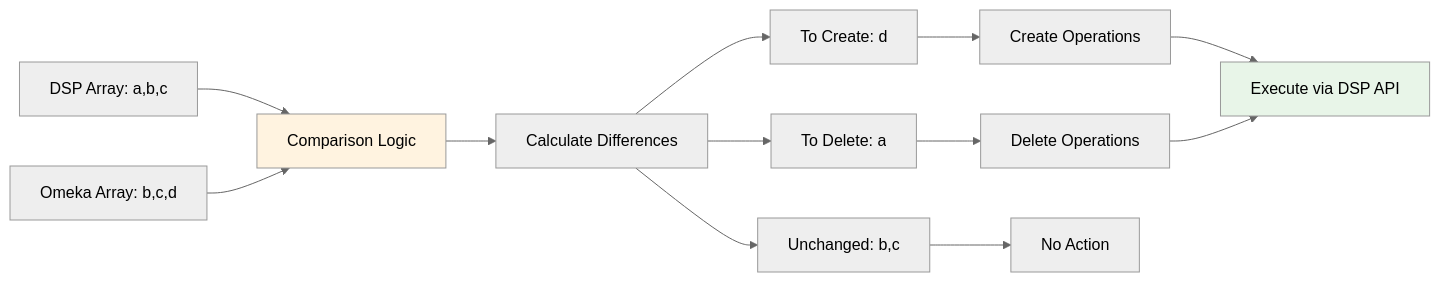
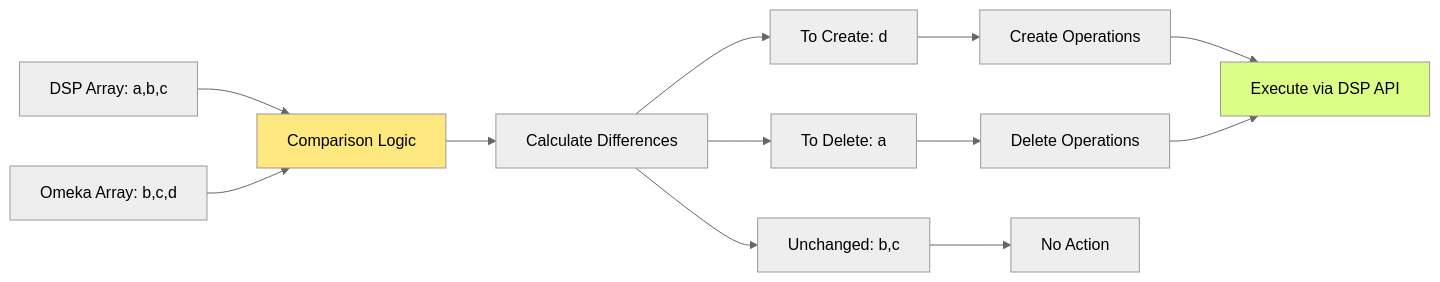
The ninth of 16 diagrams in docs/workflows/index.qmd (Stadt-Geschichte-Basel/omeka2dsp), drawn with Mermaid (neutral theme) before and after one commit. The commit also changed other lines of this file and 22 other files, not shown here.

````diff
--- a/docs/workflows/index.qmd
+++ b/docs/workflows/index.qmd
@@ -339,20 +339,20 @@
 ```{mermaid}
 flowchart LR
     A[DSP Array: a,b,c] --> C[Comparison Logic]
     B[Omeka Array: b,c,d] --> C
     
     C --> D[Calculate Differences]
     D --> E[To Create: d]
     D --> F[To Delete: a]
     D --> G[Unchanged: b,c]
     
     E --> H[Create Operations]
     F --> I[Delete Operations]
     G --> J[No Action]
     
     H --> K[Execute via DSP API]
     I --> K
     
-    style C fill:#fff3e0
-    style K fill:#e8f5e8
+    style C fill:#ffe880
+    style K fill:#dbfe87
 ```
````
